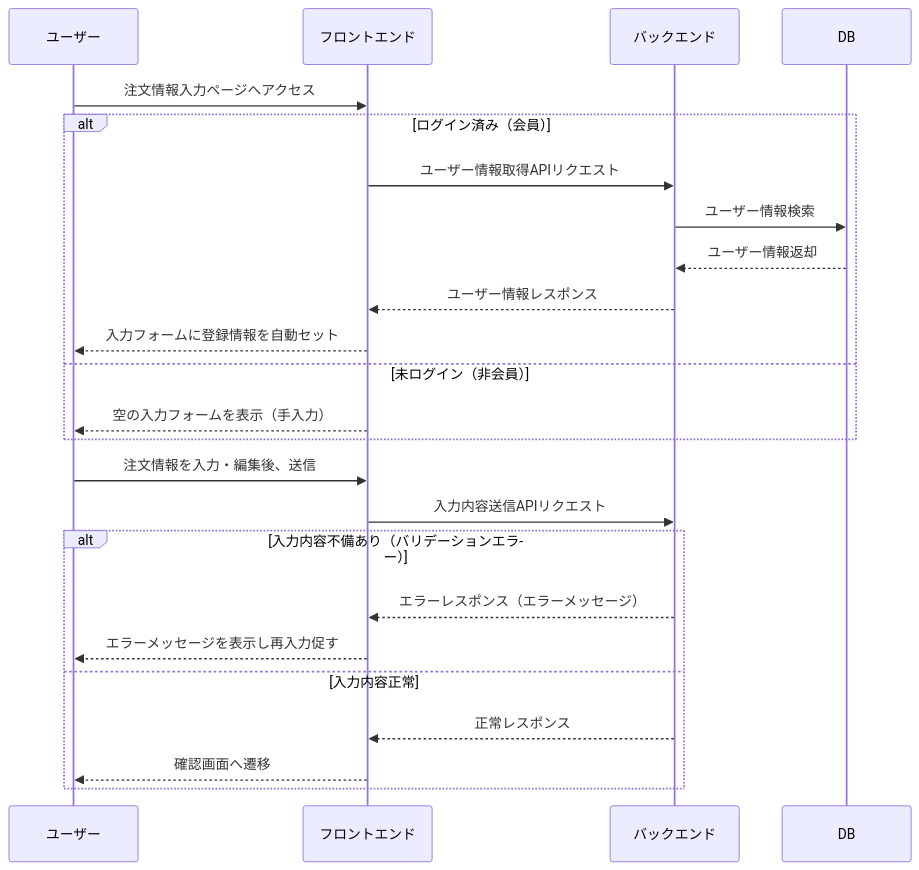
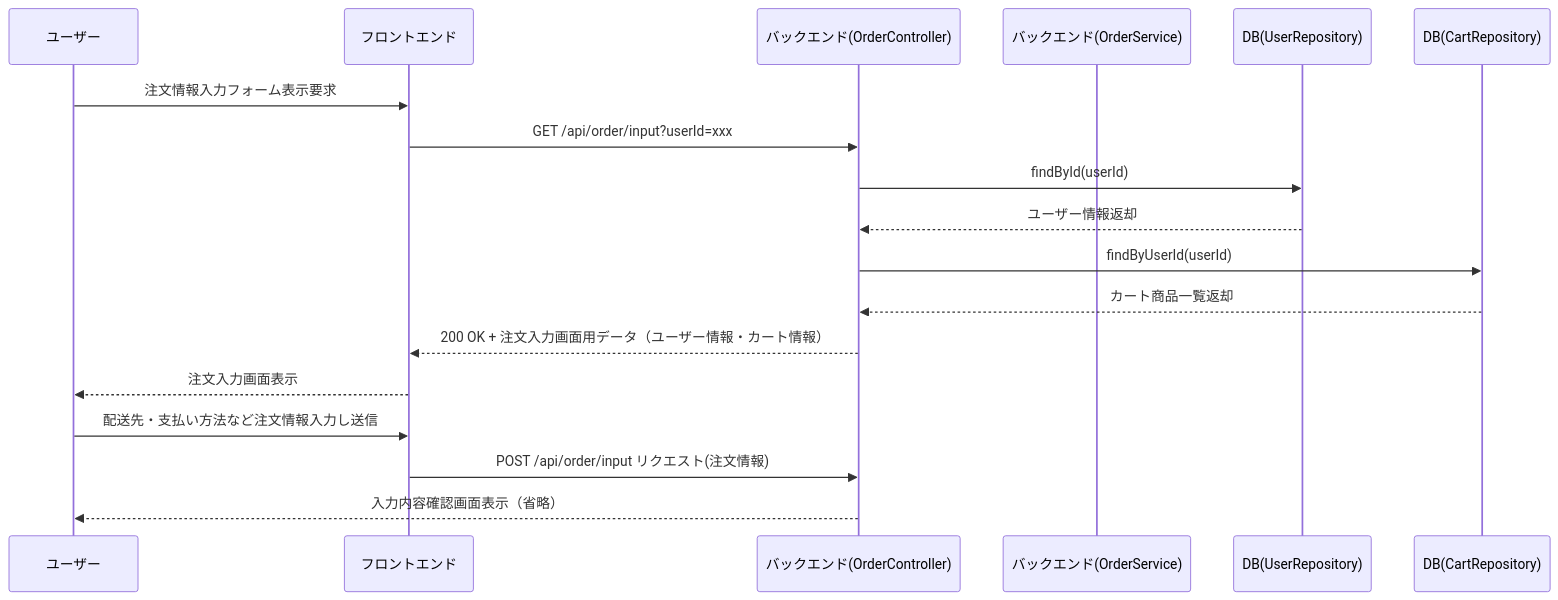
One commit to YUKlT0/Equipe changed the fourth of 8 diagrams in 詳細設計/B1.md. Above: the diagram before and after it, drawn with Mermaid. The commit also changed other lines of this file, not shown here.

```diff
--- a/詳細設計/B1.md
+++ b/詳細設計/B1.md
@@ -256,35 +340,24 @@
 <div class="mermaid">
 
 sequenceDiagram
 participant ユーザー
 participant フロントエンド
-participant バックエンド
-participant DB
+participant OrderController as バックエンド(OrderController)
+participant OrderService as バックエンド(OrderService)
+participant UserRepository as DB(UserRepository)
+participant CartRepository as DB(CartRepository)
 
-ユーザー ->> フロントエンド: 注文情報入力ページへアクセス
+ユーザー ->> フロントエンド: 注文情報入力フォーム表示要求
+フロントエンド ->> OrderController: GET /api/order/input?userId=xxx
+OrderController ->> UserRepository: findById(userId)
+UserRepository -->> OrderController: ユーザー情報返却
+OrderController ->> CartRepository: findByUserId(userId)
+CartRepository -->> OrderController: カート商品一覧返却
+OrderController -->> フロントエンド: 200 OK + 注文入力画面用データ（ユーザー情報・カート情報）
+フロントエンド -->> ユーザー: 注文入力画面表示
 
-alt ログイン済み（会員）
-    フロントエンド ->> バックエンド: ユーザー情報取得APIリクエスト
-    バックエンド ->> DB: ユーザー情報検索
-    DB -->> バックエンド: ユーザー情報返却
-    バックエンド -->> フロントエンド: ユーザー情報レスポンス
-    フロントエンド -->> ユーザー: 入力フォームに登録情報を自動セット
-
-else 未ログイン（非会員）
-    フロントエンド -->> ユーザー: 空の入力フォームを表示（手入力）
-end
-
-ユーザー ->> フロントエンド: 注文情報を入力・編集後、送信
-
-フロントエンド ->> バックエンド: 入力内容送信APIリクエスト
-
-alt 入力内容不備あり（バリデーションエラー）
-    バックエンド -->> フロントエンド: エラーレスポンス（エラーメッセージ）
-    フロントエンド -->> ユーザー: エラーメッセージを表示し再入力促す
-
-else 入力内容正常
-    バックエンド -->> フロントエンド: 正常レスポンス
-    フロントエンド -->> ユーザー: 確認画面へ遷移
-end
+ユーザー ->> フロントエンド: 配送先・支払い方法など注文情報入力し送信
+フロントエンド ->> OrderController: POST /api/order/input リクエスト(注文情報)
+OrderController -->> ユーザー: 入力内容確認画面表示（省略）
 
 </div>
```
